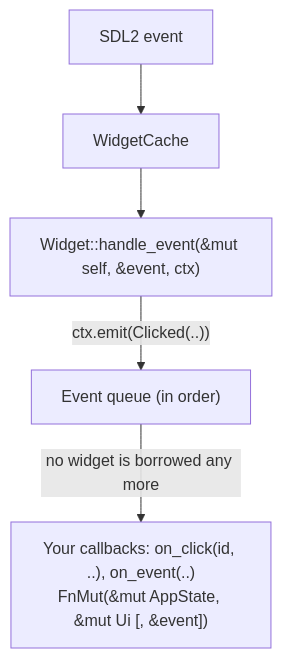
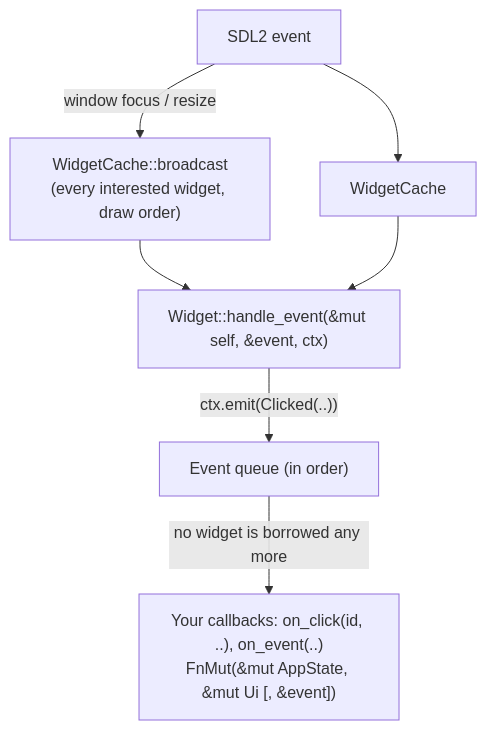
Before and after one commit to KenSuenobu/rust-pushrod: the diagram in pushrod-docs/docs/guides/handling-events.md, drawn with Mermaid. The commit also changed other lines of this file and 14 other files, not shown here.

Commit message:
Fix #7 - Broadcast events to all interested widgets

````diff
--- a/pushrod-docs/docs/guides/handling-events.md
+++ b/pushrod-docs/docs/guides/handling-events.md
@@ -66,7 +66,9 @@
 ```mermaid
 flowchart TD
     A[SDL2 event] --> B[WidgetCache]
+    A -- "window focus / resize" --> W["WidgetCache::broadcast<br/>(every interested widget, draw order)"]
+    W --> C
     B --> C["Widget::handle_event(&mut self, &event, ctx)"]
     C -- "ctx.emit(Clicked(..))" --> D["Event queue (in order)"]
     D -- "no widget is borrowed any more" --> E["Your callbacks: on_click(id, ..), on_event(..)<br/>FnMut(&mut AppState, &mut Ui [, &event])"]
 ```
````
